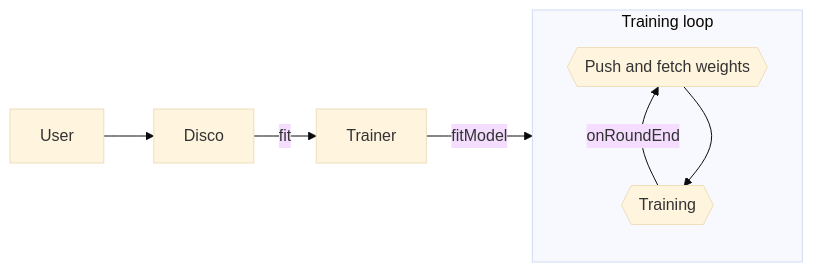
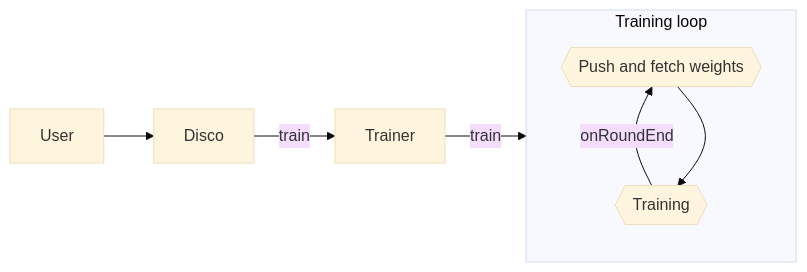
Before and after one commit to epfml/disco: the second of 4 diagrams in docs/DISCOJS.md, drawn with Mermaid (base theme). The commit also changed other lines of this file, not shown here.

````diff
--- a/docs/DISCOJS.md
+++ b/docs/DISCOJS.md
@@ -74,9 +75,9 @@
 ```mermaid
 flowchart LR
-    User-->Disco-->|fit|Trainer-->|fitModel|state
+    User-->Disco-->|train|Trainer-->|train|state
     subgraph state [Training loop]
     direction BT
     id1{{Training}}-->|onRoundEnd|id2{{Push and fetch weights}}
     id2-->id1
     end
 ```
````
